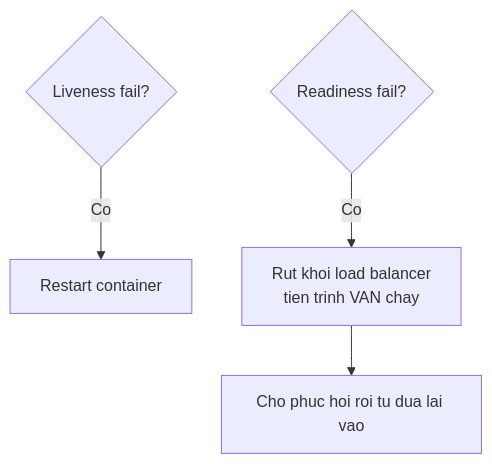
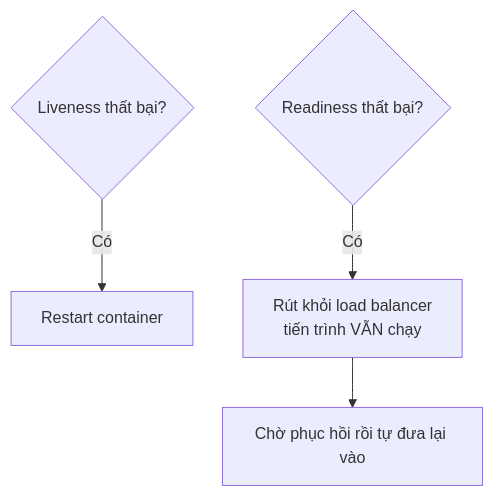
Before and after one commit to TienNHM/dotnet-course: the diagram in lessons/stage-03-aspnet-core-backend/module-08-aspnet-core-fundamentals/8.9-health-checks.md, drawn with Mermaid. The commit also changed other lines of this file and 14 other files, not shown here.

````diff
--- a/lessons/stage-03-aspnet-core-backend/module-08-aspnet-core-fundamentals/8.9-health-checks.md
+++ b/lessons/stage-03-aspnet-core-backend/module-08-aspnet-core-fundamentals/8.9-health-checks.md
@@ -26,6 +30,6 @@
 ```mermaid
 flowchart TB
-    L{Liveness fail?} -->|Co| R[Restart container]
-    RD{Readiness fail?} -->|Co| O[Rut khoi load balancer<br/>tien trinh VAN chay]
-    O --> W[Cho phuc hoi roi tu dua lai vao]
+    L{Liveness thất bại?} -->|Có| R[Restart container]
+    RD{Readiness thất bại?} -->|Có| O[Rút khỏi load balancer<br/>tiến trình VẪN chạy]
+    O --> W[Chờ phục hồi rồi tự đưa lại vào]
 ```
````
